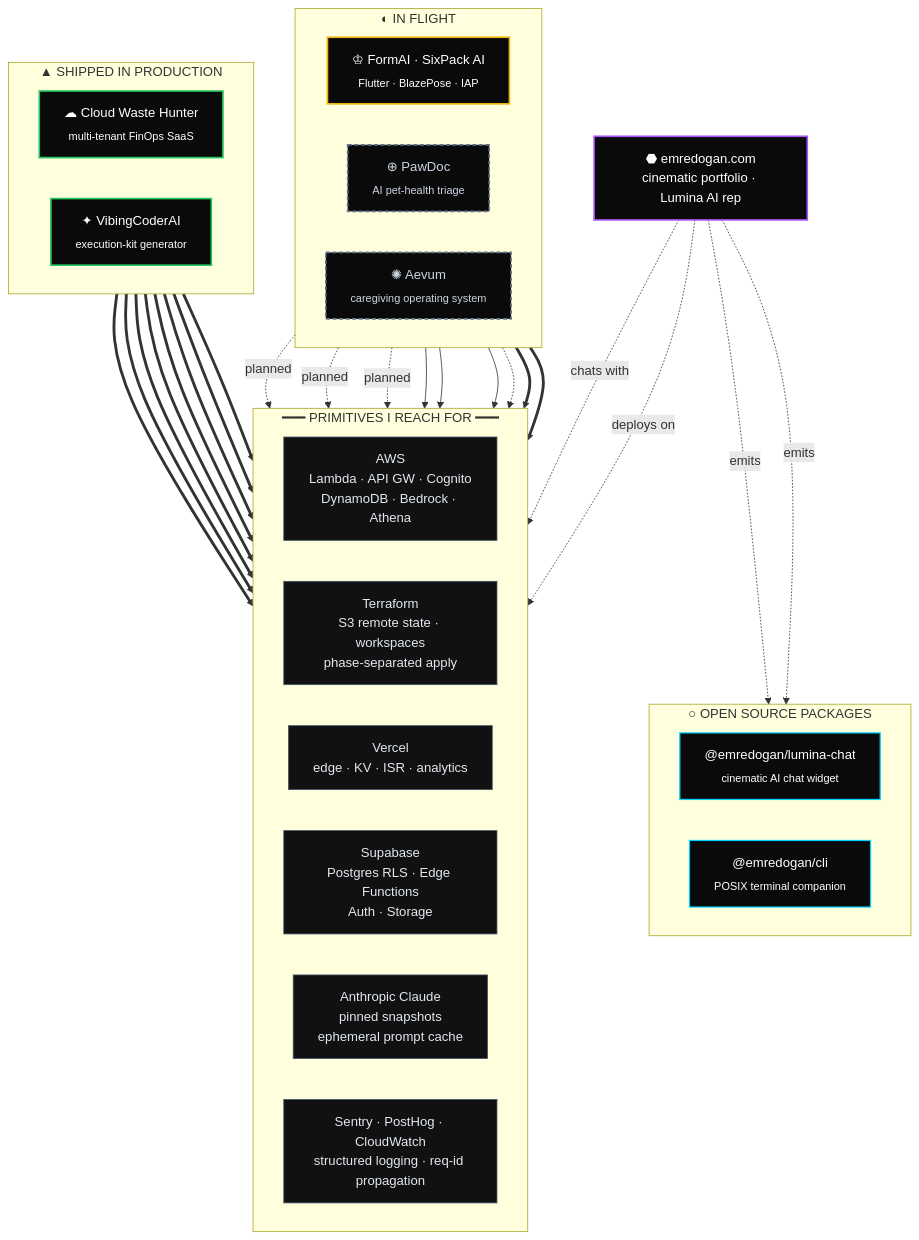
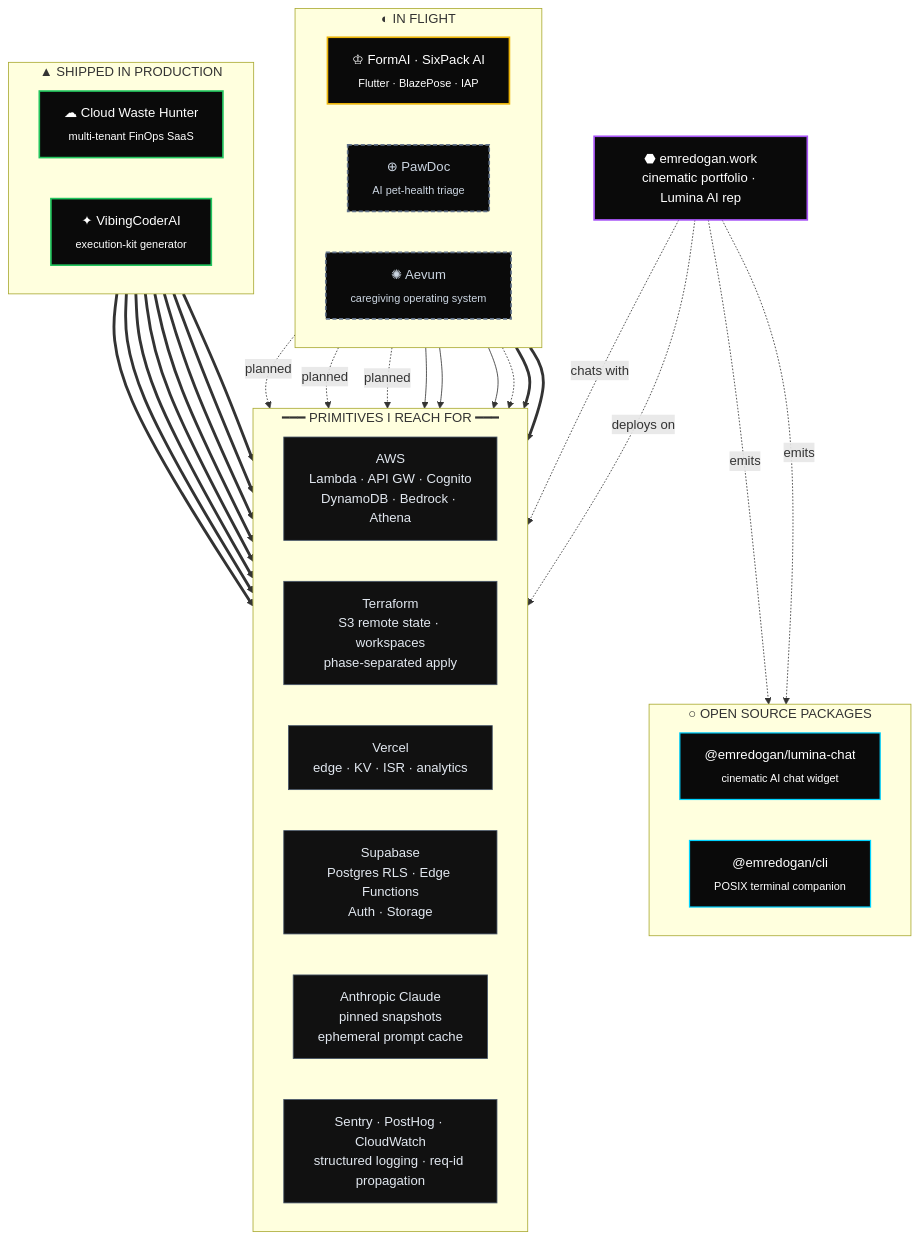
Before and after one commit to emredogan-cloud/emredogan-cloud: the first of 7 diagrams in README.md, drawn with Mermaid. The commit also changed other lines of this file, not shown here.

````diff
--- a/README.md
+++ b/README.md
@@ -45,67 +45,67 @@
 ```mermaid
 flowchart TB
     classDef studio fill:#0a0a0a,stroke:#a855f7,stroke-width:2px,color:#fff
     classDef shipped fill:#0a0a0a,stroke:#22c55e,stroke-width:2px,color:#fff
     classDef testing fill:#0a0a0a,stroke:#eab308,stroke-width:2px,color:#fff
     classDef planning fill:#0a0a0a,stroke:#64748b,stroke-width:2px,color:#cbd5e1,stroke-dasharray:5 3
     classDef plat fill:#111111,stroke:#475569,stroke-width:1px,color:#e2e8f0
     classDef oss fill:#0a0a0a,stroke:#00d2ff,stroke-width:1.5px,color:#fff
 
-    ED["⬣ emredogan.com<br/>cinematic portfolio · Lumina AI rep"]:::studio
+    ED["⬣ emredogan.work<br/>cinematic portfolio · Lumina AI rep"]:::studio
 
     subgraph SHIPPED ["▲  SHIPPED IN PRODUCTION"]
         direction LR
         CWH["☁  Cloud Waste Hunter<br/><sub>multi-tenant FinOps SaaS</sub>"]:::shipped
         VCA["✦  VibingCoderAI<br/><sub>execution-kit generator</sub>"]:::shipped
     end
 
     subgraph FLIGHT ["◐  IN FLIGHT"]
         direction LR
         FAI["♔  FormAI · SixPack AI<br/><sub>Flutter · BlazePose · IAP</sub>"]:::testing
         PD["⊕  PawDoc<br/><sub>AI pet-health triage</sub>"]:::planning
         AV["✺  Aevum<br/><sub>caregiving operating system</sub>"]:::planning
     end
 
     subgraph OSS ["○  OPEN SOURCE PACKAGES"]
         direction LR
         LC["@emredogan/lumina-chat<br/><sub>cinematic AI chat widget</sub>"]:::oss
         CLI["@emredogan/cli<br/><sub>POSIX terminal companion</sub>"]:::oss
     end
 
     subgraph PLATFORM ["━━━ PRIMITIVES I REACH FOR ━━━"]
         direction LR
         AWS["AWS<br/>Lambda · API GW · Cognito<br/>DynamoDB · Bedrock · Athena"]:::plat
         IAC["Terraform<br/>S3 remote state · workspaces<br/>phase-separated apply"]:::plat
         VRC["Vercel<br/>edge · KV · ISR · analytics"]:::plat
         SUP["Supabase<br/>Postgres RLS · Edge Functions<br/>Auth · Storage"]:::plat
         ANT["Anthropic Claude<br/>pinned snapshots<br/>ephemeral prompt cache"]:::plat
         OBS["Sentry · PostHog · CloudWatch<br/>structured logging · req-id propagation"]:::plat
     end
 
     ED -.->|deploys on| VRC
     ED -.->|chats with| ANT
     ED -.->|emits| LC
     ED -.->|emits| CLI
 
     CWH ==> AWS
     CWH ==> IAC
     CWH ==> ANT
     CWH ==> OBS
 
     VCA ==> AWS
     VCA ==> VRC
     VCA ==> IAC
     VCA ==> ANT
 
     FAI ==> SUP
     FAI ==> OBS
     FAI -.-> IAC
 
     PD --> SUP
     PD --> ANT
     PD --> OBS
 
     AV -.planned.-> AWS
     AV -.planned.-> ANT
     AV -.planned.-> SUP
 ```
````
